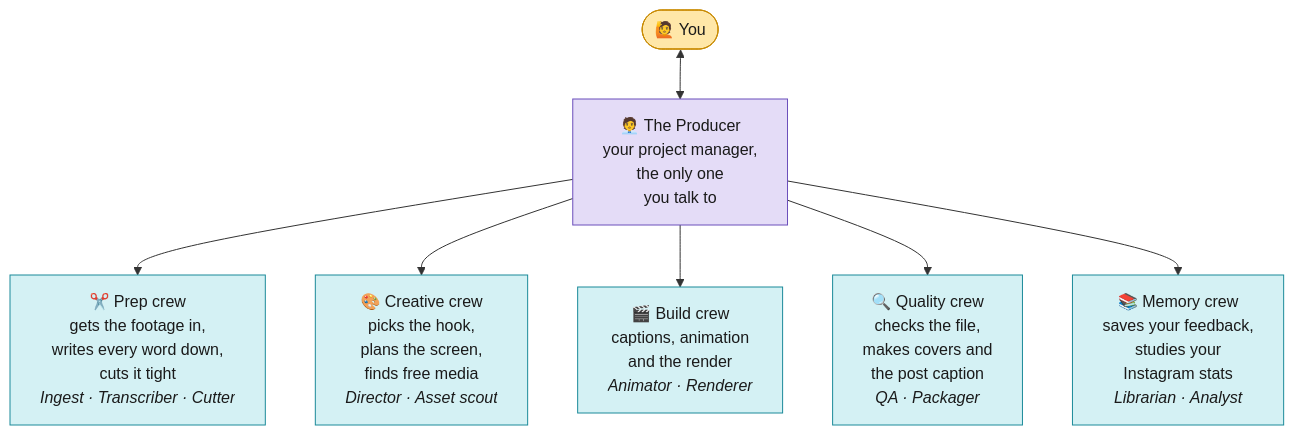
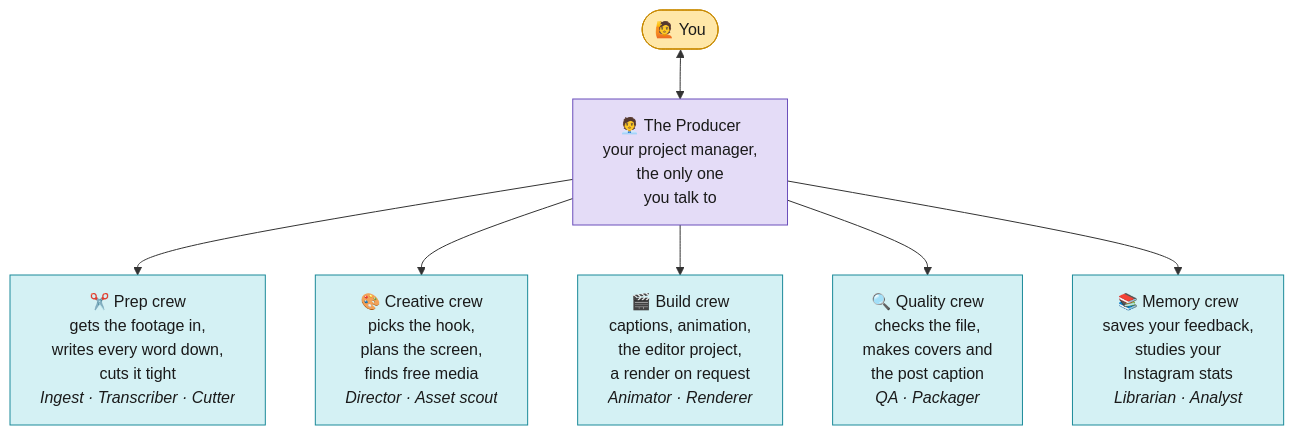
The first of 3 diagrams in Editing-Workflow/reels/README.md (harshilsaini26/Video-Workflow), drawn with Mermaid before and after one commit. The commit also changed other lines of this file and 3 other files, not shown here.

````diff
--- a/Editing-Workflow/reels/README.md
+++ b/Editing-Workflow/reels/README.md
@@ -90,14 +116,12 @@
 ```mermaid
 flowchart TD
     YOU(["🙋 You"]):::you <--> P["🧑‍💼 The Producer<br/>your project manager,<br/>the only one<br/>you talk to"]:::lead
     P --> G1["✂️ Prep crew<br/>gets the footage in,<br/>writes every word down,<br/>cuts it tight<br/><i>Ingest · Transcriber · Cutter</i>"]:::team
     P --> G2["🎨 Creative crew<br/>picks the hook,<br/>plans the screen,<br/>finds free media<br/><i>Director · Asset scout</i>"]:::team
-    P --> G3["🎬 Build crew<br/>captions, animation<br/>and the render<br/><i>Animator · Renderer</i>"]:::team
+    P --> G3["🎬 Build crew<br/>captions, animation,<br/>the editor project,<br/>a render on request<br/><i>Animator · Renderer</i>"]:::team
     P --> G4["🔍 Quality crew<br/>checks the file,<br/>makes covers and<br/>the post caption<br/><i>QA · Packager</i>"]:::team
     P --> G5["📚 Memory crew<br/>saves your feedback,<br/>studies your<br/>Instagram stats<br/><i>Librarian · Analyst</i>"]:::team
     classDef you fill:#FFE7A8,stroke:#C98A00,color:#1a1a1a
     classDef team fill:#D4F1F4,stroke:#1B8A99,color:#1a1a1a
     classDef lead fill:#E4DCF7,stroke:#6B4FBB,color:#1a1a1a
-    classDef done fill:#D7F0D2,stroke:#3C8D2F,color:#1a1a1a
-    classDef ask fill:#FFFFFF,stroke:#888888,color:#1a1a1a
 ```
````
